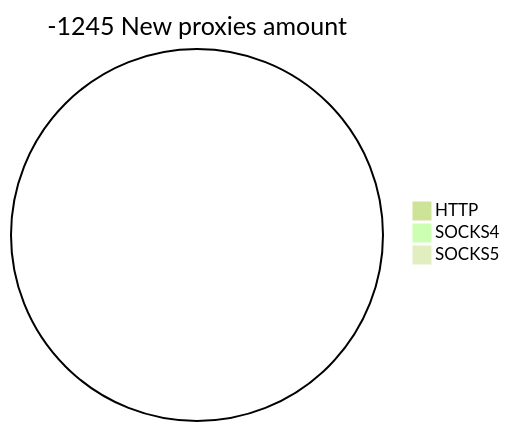
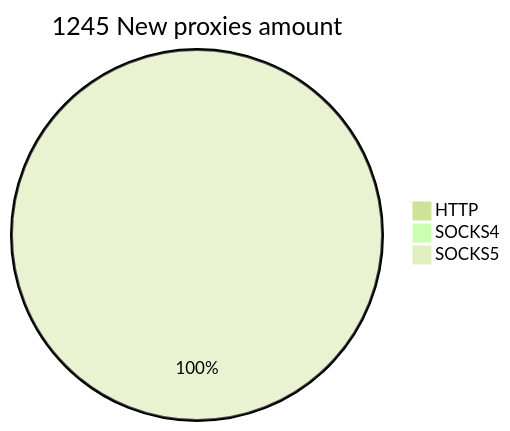
The second of 2 diagrams in README.md (cutipu/proxylist), drawn with Mermaid (forest theme) before and after one commit. The commit also changed other lines of this file, not shown here.

````diff
--- a/README.md
+++ b/README.md
@@ -10,6 +10,6 @@
 ```mermaid
-pie title -1245 New proxies amount
+pie title 1245 New proxies amount
     "HTTP" : 0
     "SOCKS4" : 0
-    "SOCKS5" : 0
+    "SOCKS5" : 1246
 ```
````
